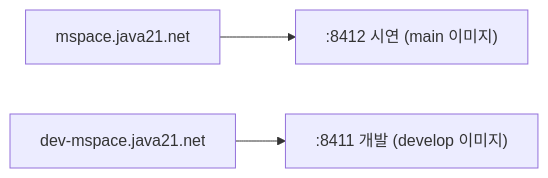
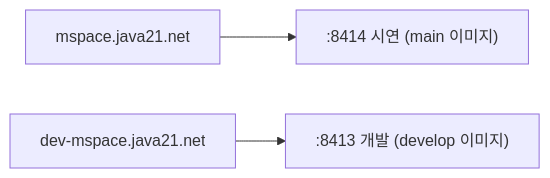
One commit to AI-go-do/docs changed the first of 3 diagrams in architecture/mvp-services.md. Above: the diagram before and after it, drawn with Mermaid. The commit also changed other lines of this file and 4 other files, not shown here.

````diff
--- a/architecture/mvp-services.md
+++ b/architecture/mvp-services.md
@@ -28,5 +30,5 @@
 ```mermaid
 flowchart LR
-    a["mspace.java21.net"] --> p2[":8412 시연 (main 이미지)"]
-    b["dev-mspace.java21.net"] --> p1[":8411 개발 (develop 이미지)"]
+    a["mspace.java21.net"] --> p2[":8414 시연 (main 이미지)"]
+    b["dev-mspace.java21.net"] --> p1[":8413 개발 (develop 이미지)"]
 ```
````
